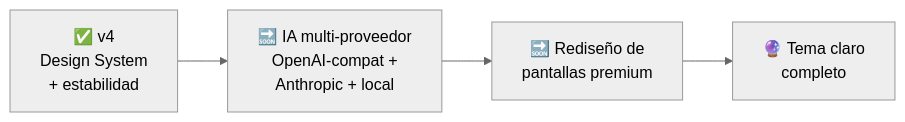
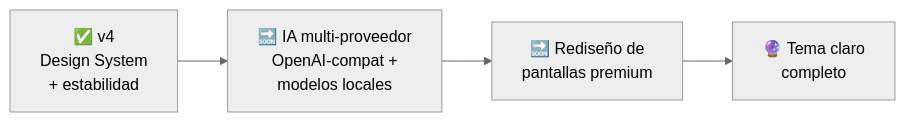
One commit to Azelmods677/NexusChat changed the sixth of 6 diagrams in README.md. Above: the diagram before and after it, drawn with Mermaid (neutral theme). The commit also changed other lines of this file, not shown here.

Commit message:
docs: quitar menciones de proveedores ajenos en el roadmap

````diff
--- a/README.md
+++ b/README.md
@@ -317,6 +317,6 @@
 ```mermaid
 flowchart LR
-    A["✅ v4<br/>Design System<br/>+ estabilidad"] --> B["🔜 IA multi-proveedor<br/>OpenAI-compat +<br/>Anthropic + local"]
+    A["✅ v4<br/>Design System<br/>+ estabilidad"] --> B["🔜 IA multi-proveedor<br/>OpenAI-compat +<br/>modelos locales"]
     B --> C["🔜 Rediseño de<br/>pantallas premium"]
     C --> D["🔮 Tema claro<br/>completo"]
 ```
````
